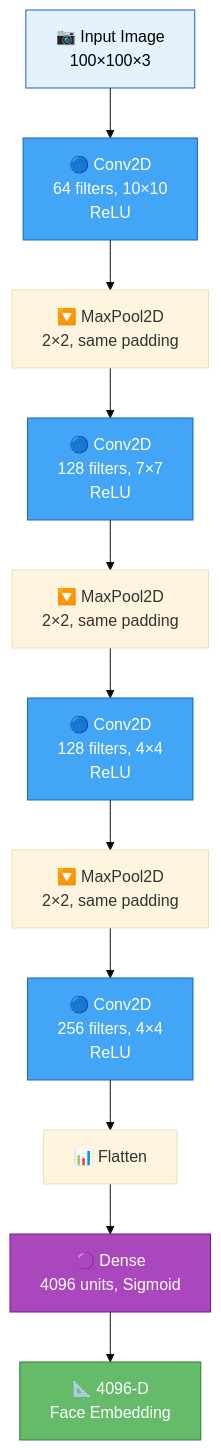
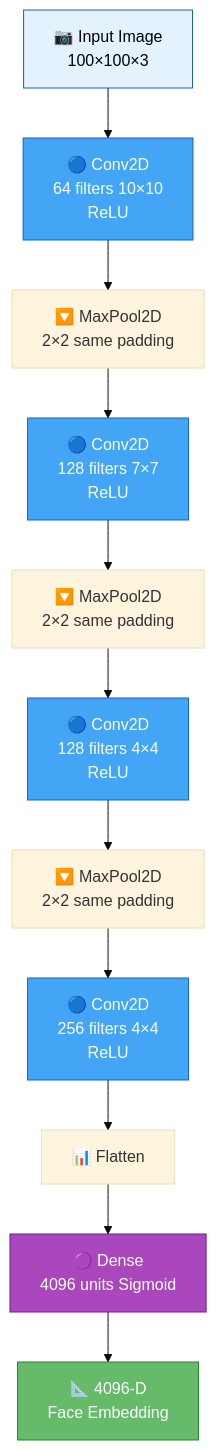
The ninth of 20 diagrams in README.md (Paragiscool/Face_verification_ml_project), drawn with Mermaid (base theme) before and after one commit. The commit also changed other lines of this file, not shown here.

Commit message:
docs: Refine README with Quick Start, Math Foundations, Troubleshooting, References, state diagrams

````diff
--- a/README.md
+++ b/README.md
@@ -322,21 +439,21 @@
 ```mermaid
 graph TD
-    A["📷 Input Image<br/>100×100×3"] --> B["🔵 Conv2D<br/>64 filters, 10×10<br/>ReLU"]
-    B --> C["🔽 MaxPool2D<br/>2×2, same padding"]
-    C --> D["🔵 Conv2D<br/>128 filters, 7×7<br/>ReLU"]
-    D --> E["🔽 MaxPool2D<br/>2×2, same padding"]
-    E --> F["🔵 Conv2D<br/>128 filters, 4×4<br/>ReLU"]
-    F --> G["🔽 MaxPool2D<br/>2×2, same padding"]
-    G --> H["🔵 Conv2D<br/>256 filters, 4×4<br/>ReLU"]
+    A["📷 Input Image<br/>100×100×3"] --> B["🔵 Conv2D<br/>64 filters 10×10<br/>ReLU"]
+    B --> C["🔽 MaxPool2D<br/>2×2 same padding"]
+    C --> D["🔵 Conv2D<br/>128 filters 7×7<br/>ReLU"]
+    D --> E["🔽 MaxPool2D<br/>2×2 same padding"]
+    E --> F["🔵 Conv2D<br/>128 filters 4×4<br/>ReLU"]
+    F --> G["🔽 MaxPool2D<br/>2×2 same padding"]
+    G --> H["🔵 Conv2D<br/>256 filters 4×4<br/>ReLU"]
     H --> I["📊 Flatten"]
-    I --> J["🟣 Dense<br/>4096 units, Sigmoid"]
+    I --> J["🟣 Dense<br/>4096 units Sigmoid"]
     J --> K["📐 4096-D<br/>Face Embedding"]
 
     style A fill:#E3F2FD,stroke:#1565C0,color:#000
     style B fill:#42A5F5,stroke:#1565C0,color:#fff
     style D fill:#42A5F5,stroke:#1565C0,color:#fff
     style F fill:#42A5F5,stroke:#1565C0,color:#fff
     style H fill:#42A5F5,stroke:#1565C0,color:#fff
     style J fill:#AB47BC,stroke:#6A1B9A,color:#fff
     style K fill:#66BB6A,stroke:#2E7D32,color:#fff
 ```
````
